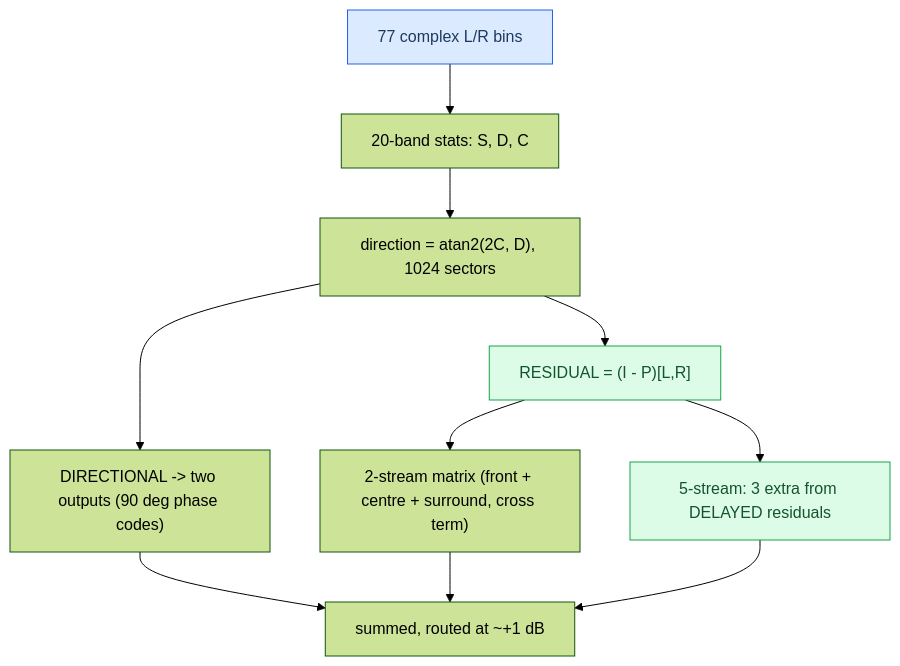
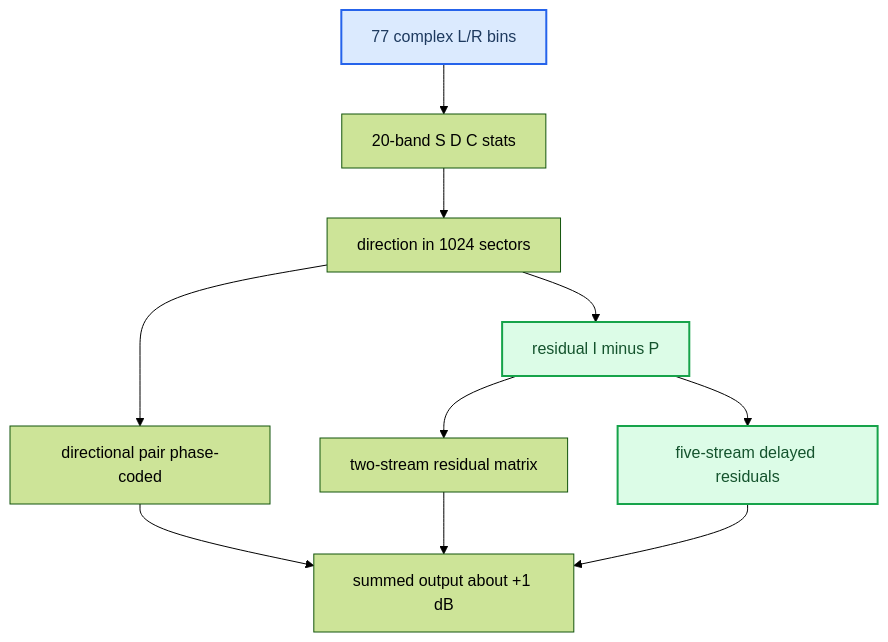
Before and after one commit to luka-dev/mib2q-carplay-rgi: the second of 2 diagrams in docs-obsidian/Audio/Dolby Atmos.md, drawn with Mermaid (forest theme). The commit also changed other lines of this file and 43 other files, not shown here.

````diff
--- a/docs-obsidian/Audio/Dolby Atmos.md
+++ b/docs-obsidian/Audio/Dolby Atmos.md
@@ -76,22 +78,22 @@
 ```mermaid
 flowchart TB
   accTitle: Dolby object distribution chain
   accDescr: Complex bins produce band statistics and a quantized direction, split into a directional pair and a residual distributed across two or five streams then summed and routed.
-  bins["77 complex L/R bins"]
-  stats["20-band stats: S, D, C"]
-  dir["direction = atan2(2C, D), 1024 sectors"]
-  dpart["DIRECTIONAL -> two outputs (90 deg phase codes)"]
-  resid["RESIDUAL = (I - P)[L,R]"]
-  two["2-stream matrix (front + centre + surround, cross term)"]
-  five["5-stream: 3 extra from DELAYED residuals"]
-  sum["summed, routed at ~+1 dB"]
-  bins --> stats --> dir
-  dir --> dpart --> sum
-  dir --> resid
-  resid --> two --> sum
-  resid --> five --> sum
-  class bins primary
-  class resid,five success
-  classDef primary fill:#dbeafe,stroke:#2563eb,color:#1e3a5f
-  classDef success fill:#dcfce7,stroke:#16a34a,color:#14532d
+  complex_bins["77 complex L/R bins"]
+  band_stats["20-band S D C stats"]
+  direction_sector["direction in 1024 sectors"]
+  directional_pair["directional pair phase-coded"]
+  residual_split["residual I minus P"]
+  two_stream["two-stream residual matrix"]
+  five_stream["five-stream delayed residuals"]
+  summed_output["summed output about +1 dB"]
+  complex_bins --> band_stats --> direction_sector
+  direction_sector --> directional_pair --> summed_output
+  direction_sector --> residual_split
+  residual_split --> two_stream --> summed_output
+  residual_split --> five_stream --> summed_output
+  classDef primary fill:#dbeafe,stroke:#2563eb,stroke-width:2px,color:#1e3a5f
+  classDef success fill:#dcfce7,stroke:#16a34a,stroke-width:2px,color:#14532d
+  class complex_bins primary
+  class residual_split,five_stream success
 ```
````
